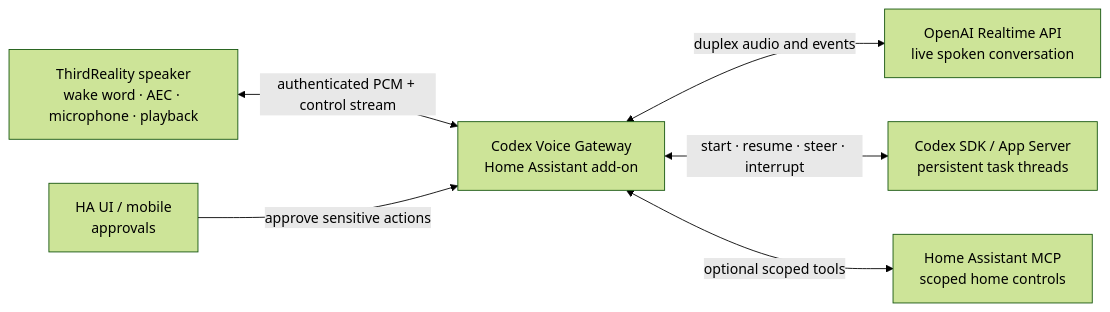
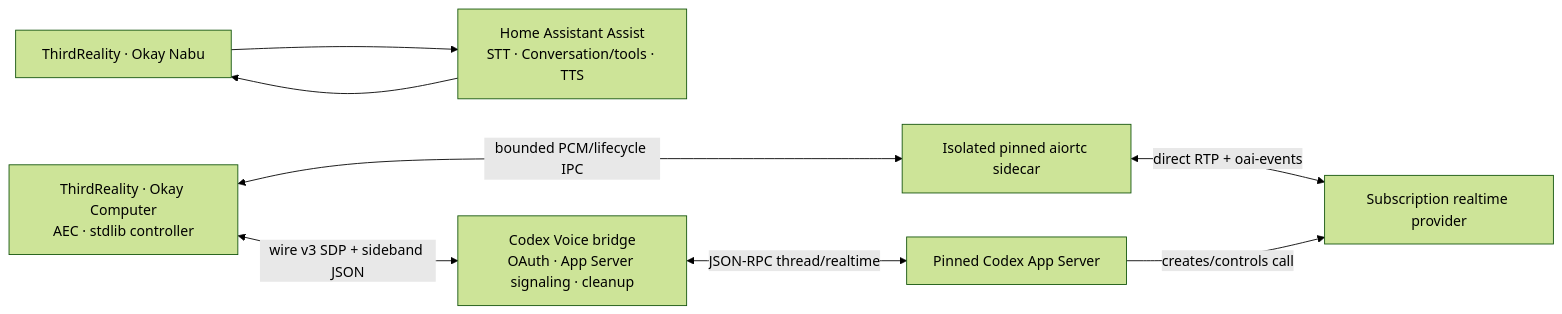
The diagram in thirdreality-codex-realtime-plan.md (AurelioB/ha-codex-voice), drawn with Mermaid (forest theme) before and after one commit. The commit also changed other lines of this file and 11 other files, not shown here.

Commit message:
docs(realtime): document direct media architecture

````diff
--- a/thirdreality-codex-realtime-plan.md
+++ b/thirdreality-codex-realtime-plan.md
@@ -15,15 +55,16 @@
 ```mermaid
 flowchart LR
-    D["ThirdReality speaker<br/>wake word · AEC · microphone · playback"]
-    G["Codex Voice Gateway<br/>Home Assistant add-on"]
-    R["OpenAI Realtime API<br/>live spoken conversation"]
-    C["Codex SDK / App Server<br/>persistent task threads"]
-    H["Home Assistant MCP<br/>scoped home controls"]
-    A["HA UI / mobile<br/>approvals"]
+    N["ThirdReality · Okay Nabu"] --> H["Home Assistant Assist<br/>STT · Conversation/tools · TTS"]
+    H --> N
+    D["ThirdReality · Okay Computer<br/>AEC · stdlib controller"]
+    S["Isolated pinned aiortc sidecar"]
+    B["Codex Voice bridge<br/>OAuth · App Server signaling · cleanup"]
+    C["Pinned Codex App Server"]
+    R["Subscription realtime provider"]
 
-    D <-->|"authenticated PCM + control stream"| G
-    G <-->|"duplex audio and events"| R
-    G <-->|"start · resume · steer · interrupt"| C
-    G <-->|"optional scoped tools"| H
-    A -->|"approve sensitive actions"| G
+    D <-->|"bounded PCM/lifecycle IPC"| S
+    D <-->|"wire v3 SDP + sideband JSON"| B
+    B <-->|"JSON-RPC thread/realtime"| C
+    S <-->|"direct RTP + oai-events"| R
+    C -->|"creates/controls call"| R
 ```
````
